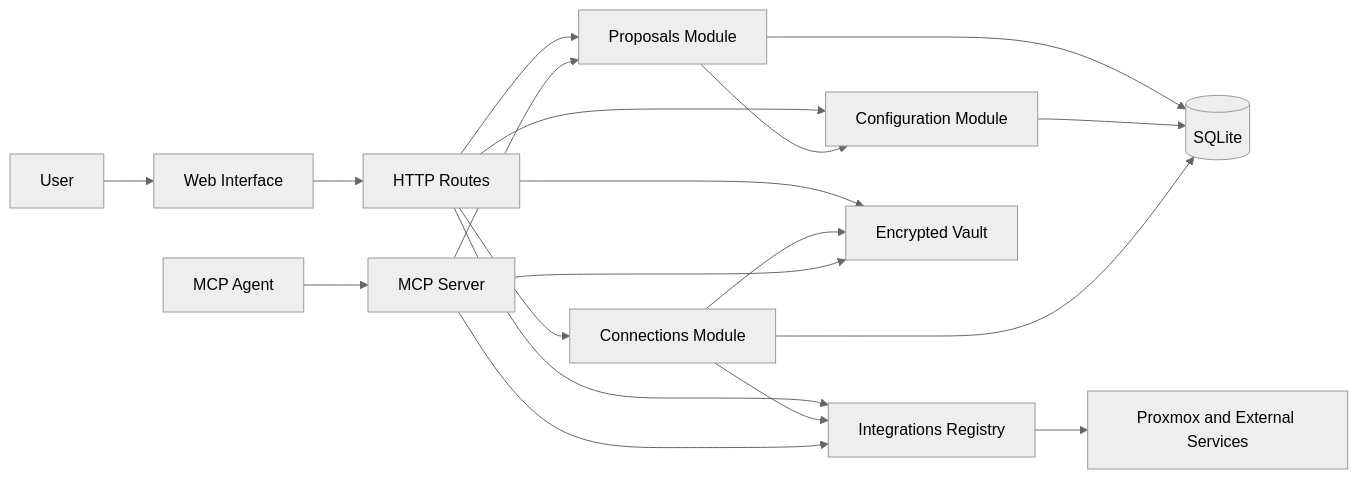
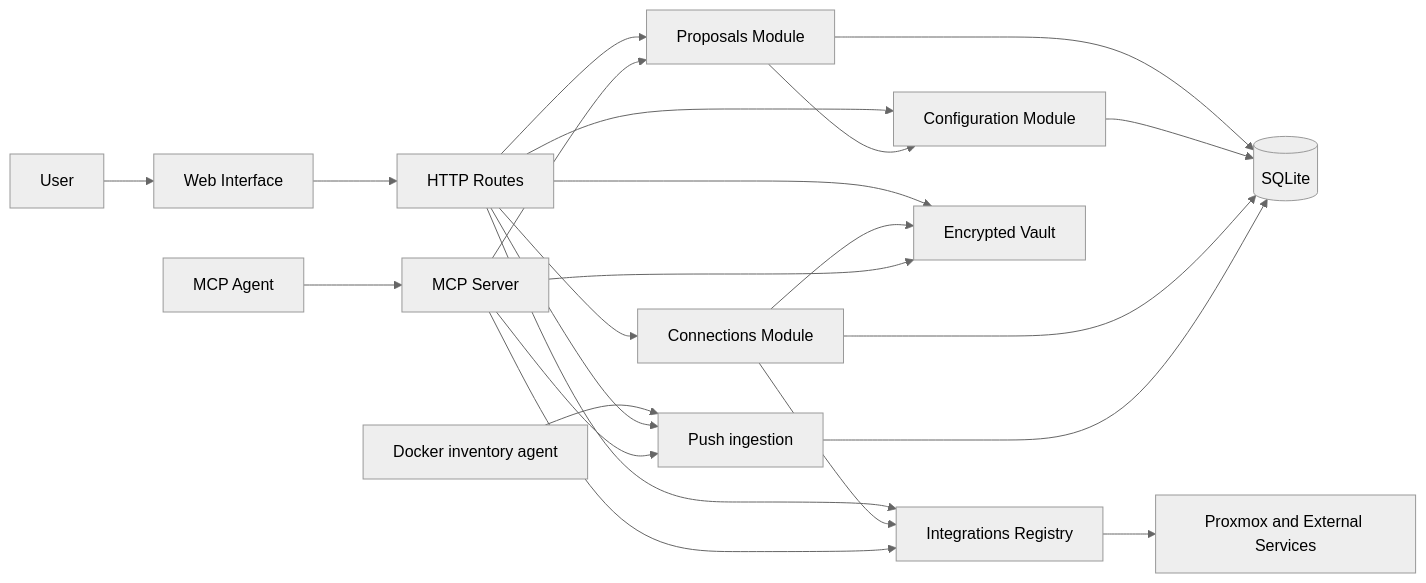
One commit to JhonatanMedeiros/homora changed the diagram in docs/arquitetura.md. Above: the diagram before and after it, drawn with Mermaid (neutral theme). The commit also changed other lines of this file and 35 other files, not shown here.

First line of the commit message:
feat(discovery): add remote Docker push agents (#71)

````diff
--- a/docs/arquitetura.md
+++ b/docs/arquitetura.md
@@ -12,21 +12,25 @@
 ```mermaid
 flowchart LR
   U[User] --> UI[Web Interface]
   A[MCP Agent] --> MCP[MCP Server]
   UI --> HTTP[HTTP Routes]
   HTTP --> SC[Configuration Module]
   HTTP --> PS
   MCP --> PS[Proposals Module]
   PS --> SC
   PS --> DB
   SC --> DB[(SQLite)]
   HTTP --> IC[Connections Module]
   HTTP --> REG
   HTTP --> VAULT
   IC --> DB
   IC --> VAULT[Encrypted Vault]
   IC --> REG[Integrations Registry]
   MCP --> REG
   MCP --> VAULT
+  DA[Docker inventory agent] --> PUSH[Push ingestion]
+  PUSH --> DB
+  HTTP --> PUSH
+  MCP --> PUSH
   REG --> EXT[Proxmox and External Services]
 ```
````
